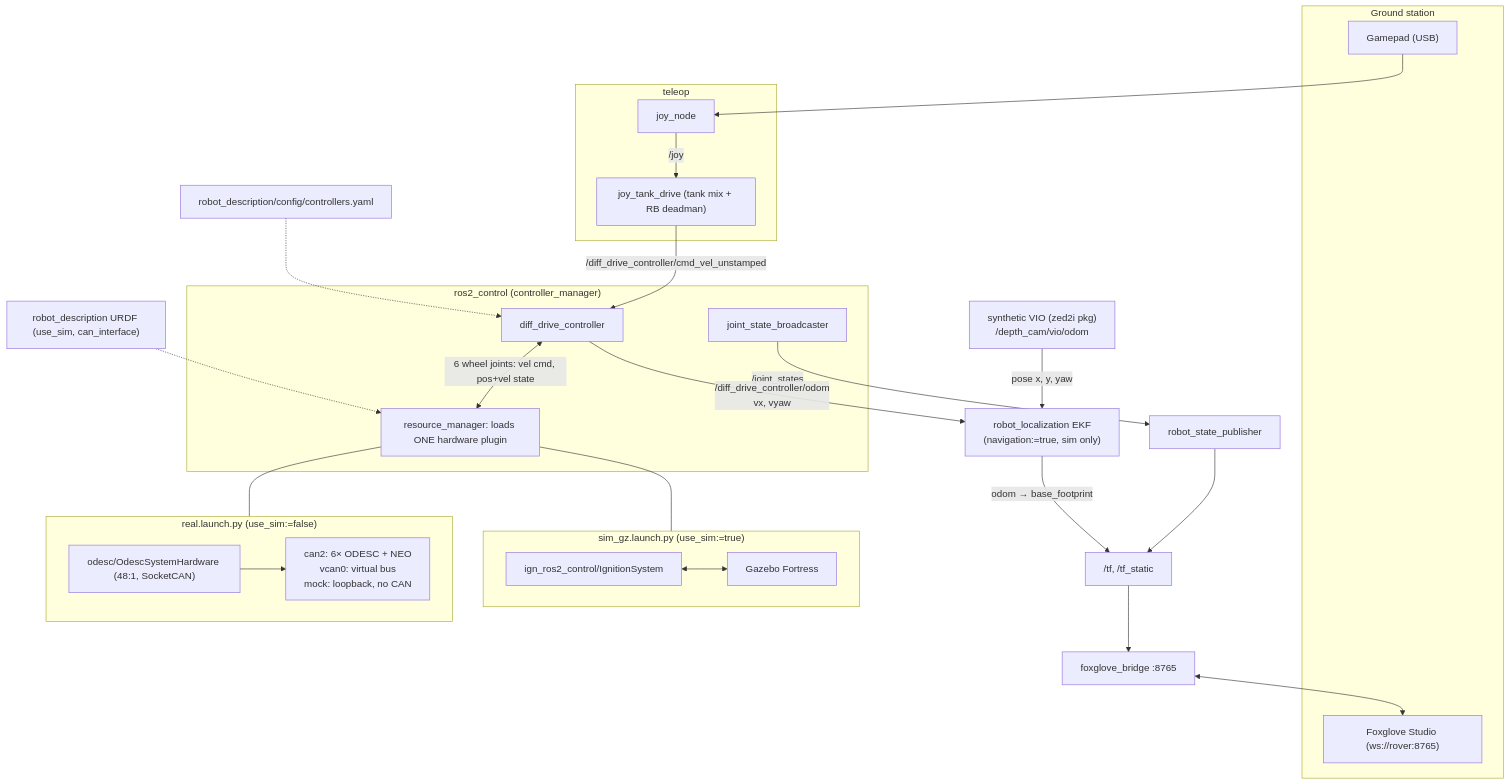
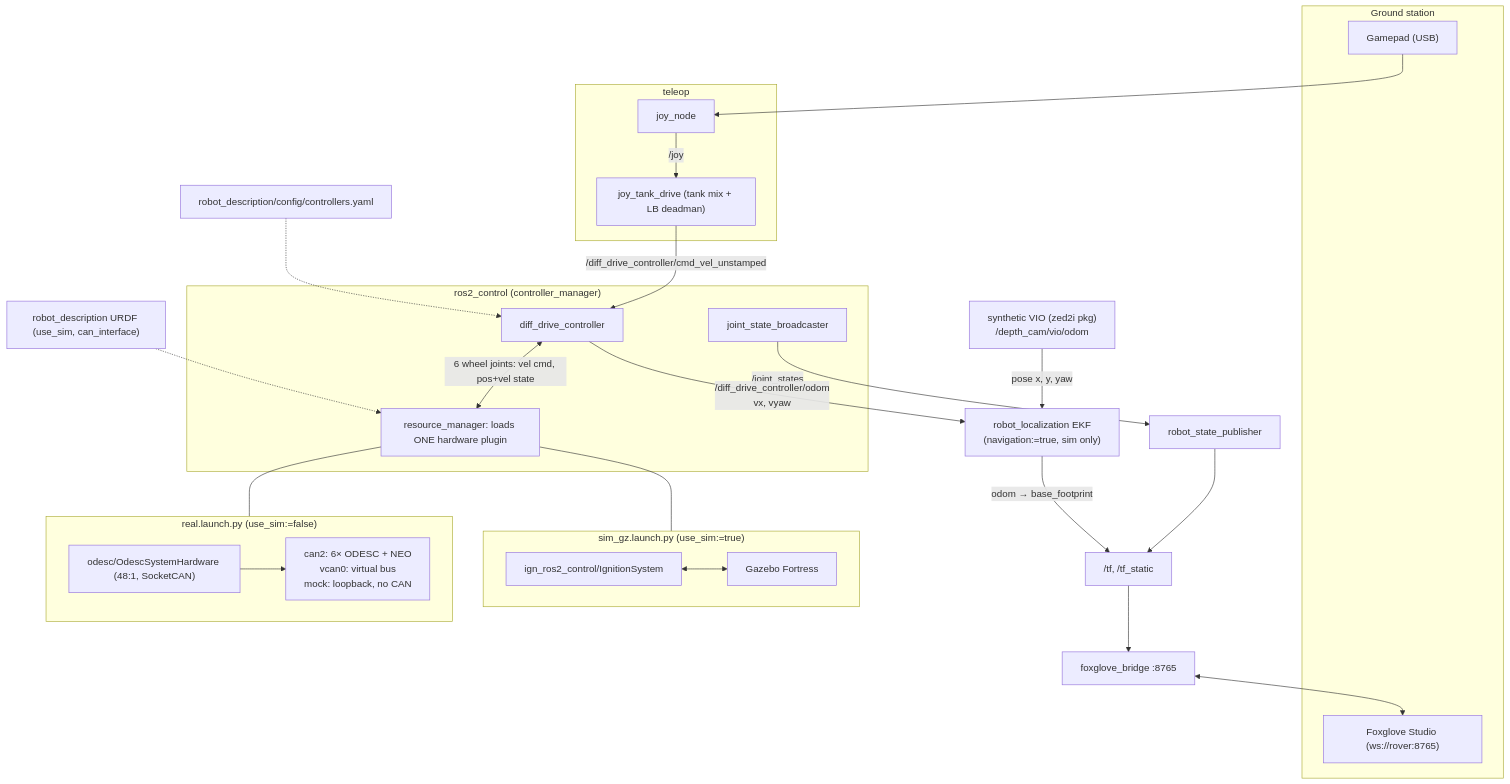
One commit to BILLEE-BroncoSTAR/billee-software-2027 changed the diagram in docs/architecture.md. Above: the diagram before and after it, drawn with Mermaid. The commit also changed 4 other files, not shown here.

````diff
--- a/docs/architecture.md
+++ b/docs/architecture.md
@@ -7,39 +7,39 @@
 ```mermaid
 flowchart TB
     subgraph OP["Ground station"]
         PAD["Gamepad (USB)"]
         FGS["Foxglove Studio (ws://rover:8765)"]
     end
 
     subgraph TELE["teleop"]
         JOY["joy_node"]
-        TANK["joy_tank_drive (tank mix + RB deadman)"]
+        TANK["joy_tank_drive (tank mix + LB deadman)"]
     end
     PAD --> JOY -->|"/joy"| TANK
     TANK -->|"/diff_drive_controller/cmd_vel_unstamped"| DDC
 
     subgraph CTRL["ros2_control (controller_manager)"]
         DDC["diff_drive_controller"]
         JSB["joint_state_broadcaster"]
         RM["resource_manager: loads ONE hardware plugin"]
         DDC <-->|"6 wheel joints: vel cmd, pos+vel state"| RM
     end
     CFG["robot_description/config/controllers.yaml"] -.-> DDC
     URDF["robot_description URDF (use_sim, can_interface)"] -.-> RM
 
     subgraph SIMB["sim_gz.launch.py (use_sim:=true)"]
         IGN["ign_ros2_control/IgnitionSystem"] <--> GZ["Gazebo Fortress"]
     end
     subgraph REALB["real.launch.py (use_sim:=false)"]
         ODESC["odesc/OdescSystemHardware (48:1, SocketCAN)"]
         ODESC --> CAN["can2: 6× ODESC + NEO<br/>vcan0: virtual bus<br/>mock: loopback, no CAN"]
     end
     RM --- SIMB
     RM --- REALB
 
     JSB -->|"/joint_states"| RSP["robot_state_publisher"] --> TF["/tf, /tf_static"]
     VIO["synthetic VIO (zed2i pkg)<br/>/depth_cam/vio/odom"] -->|"pose x, y, yaw"| EKF["robot_localization EKF<br/>(navigation:=true, sim only)"]
     DDC -->|"/diff_drive_controller/odom<br/>vx, vyaw"| EKF
     EKF -->|"odom → base_footprint"| TF
     TF --> FB["foxglove_bridge :8765"] <--> FGS
 ```
````
